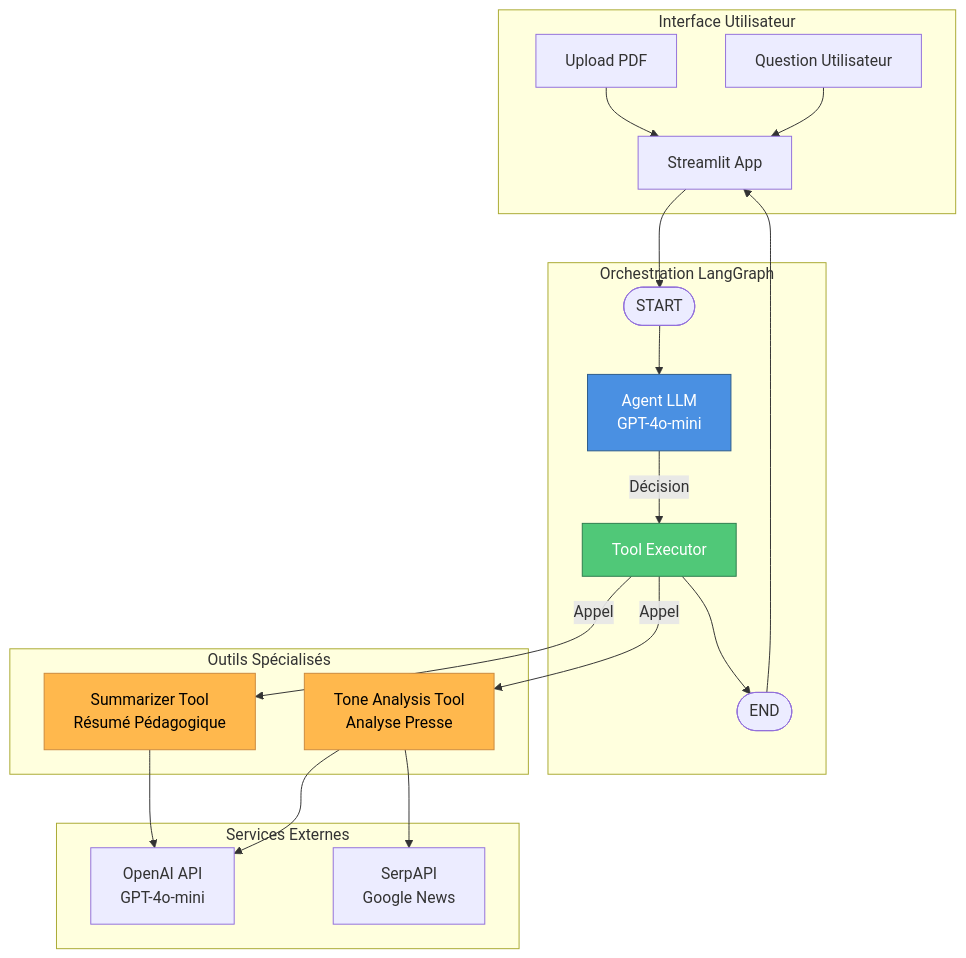
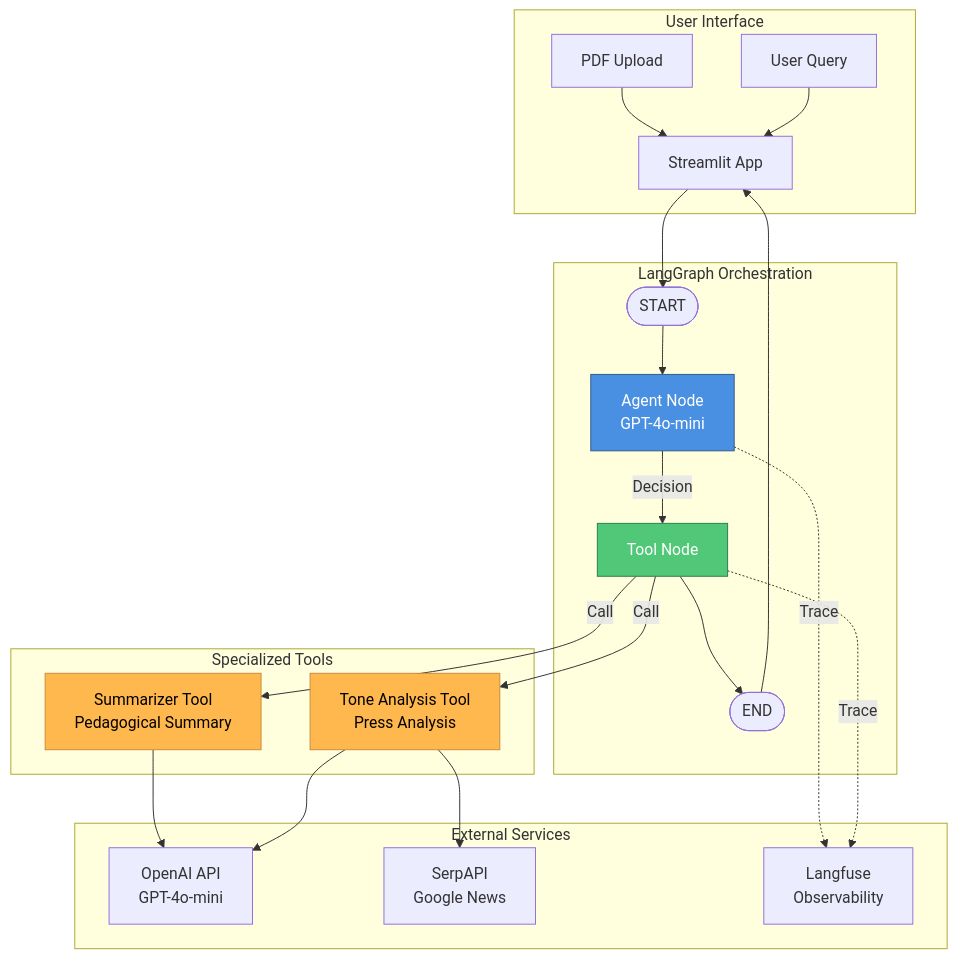
The first of 2 diagrams in README.md (Lavialle/agentic-systems-final-project), drawn with Mermaid before and after one commit. The commit also changed other lines of this file and 9 other files, not shown here.

````diff
--- a/README.md
+++ b/README.md
@@ -18,43 +18,46 @@
 ```mermaid
 graph TB
-    subgraph "Interface Utilisateur"
+    subgraph "User Interface"
         UI[Streamlit App]
-        PDF[Upload PDF]
-        QUERY[Question Utilisateur]
+        PDF[PDF Upload]
+        QUERY[User Query]
     end
 
-    subgraph "Orchestration LangGraph"
+    subgraph "LangGraph Orchestration"
         START([START])
-        AGENT[Agent LLM<br/>GPT-4o-mini]
-        TOOL[Tool Executor]
+        AGENT[Agent Node<br/>GPT-4o-mini]
+        TOOL[Tool Node]
         END([END])
     end
 
-    subgraph "Outils Spécialisés"
-        SUMM[Summarizer Tool<br/>Résumé Pédagogique]
-        TONE[Tone Analysis Tool<br/>Analyse Presse]
+    subgraph "Specialized Tools"
+        SUMM[Summarizer Tool<br/>Pedagogical Summary]
+        TONE[Tone Analysis Tool<br/>Press Analysis]
     end
 
-    subgraph "Services Externes"
+    subgraph "External Services"
         OPENAI[OpenAI API<br/>GPT-4o-mini]
         SERP[SerpAPI<br/>Google News]
+        LANGFUSE[Langfuse<br/>Observability]
     end
 
     PDF --> UI
     QUERY --> UI
     UI --> START
     START --> AGENT
-    AGENT -->|Décision| TOOL
-    TOOL -->|Appel| SUMM
-    TOOL -->|Appel| TONE
+    AGENT -->|Decision| TOOL
+    TOOL -->|Call| SUMM
+    TOOL -->|Call| TONE
     SUMM --> OPENAI
     TONE --> SERP
     TONE --> OPENAI
     TOOL --> END
     END --> UI
+    AGENT -.->|Trace| LANGFUSE
+    TOOL -.->|Trace| LANGFUSE
 
     style AGENT fill:#4A90E2,stroke:#2E5C8A,color:#fff
     style TOOL fill:#50C878,stroke:#2E7D4E,color:#fff
     style SUMM fill:#FFB84D,stroke:#CC8A3D,color:#000
     style TONE fill:#FFB84D,stroke:#CC8A3D,color:#000
 ```
````
